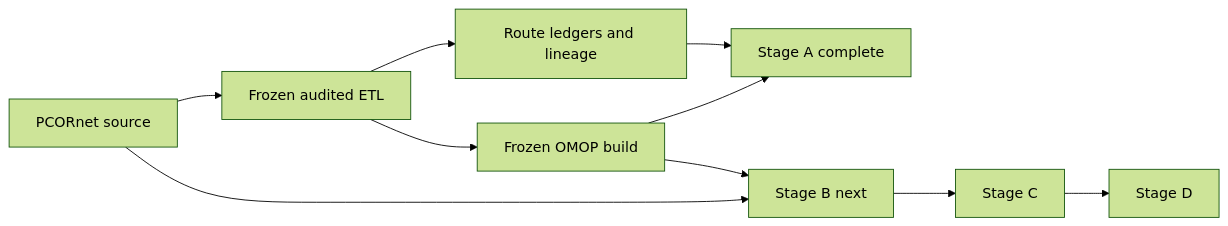
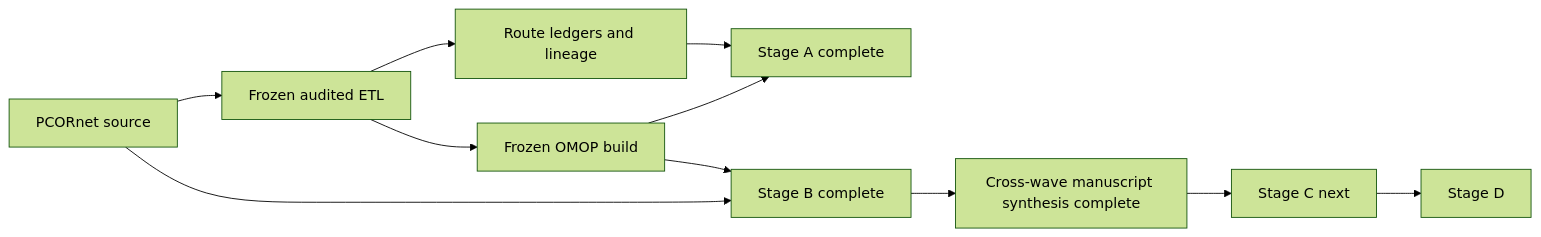
The first of 2 diagrams in docs/current_status_and_publication_plan.md (vafaei-ar/pcornet-omop-validation), drawn with Mermaid (forest theme) before and after one commit. The commit also changed other lines of this file, not shown here.

Commit message:
Mark Stage B complete and advance publication plan

````diff
--- a/docs/current_status_and_publication_plan.md
+++ b/docs/current_status_and_publication_plan.md
@@ -17,12 +17,13 @@
 ```mermaid
 flowchart LR
     A[PCORnet source] --> B[Frozen audited ETL]
     B --> C[Frozen OMOP build]
     B --> D[Route ledgers and lineage]
     C --> E[Stage A complete]
     D --> E
-    A --> F[Stage B next]
+    A --> F[Stage B complete]
     C --> F
-    F --> G[Stage C]
-    G --> H[Stage D]
+    F --> G[Cross-wave manuscript synthesis complete]
+    G --> H[Stage C next]
+    H --> I[Stage D]
 ```
````
